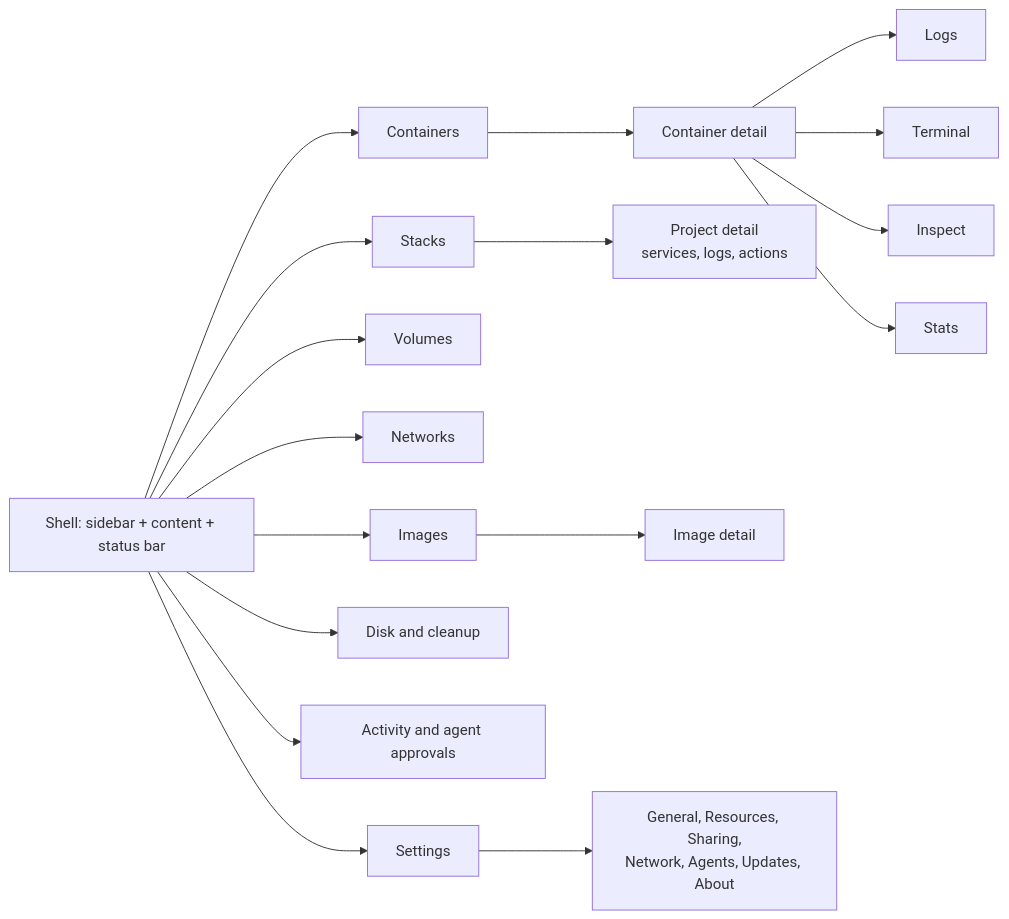
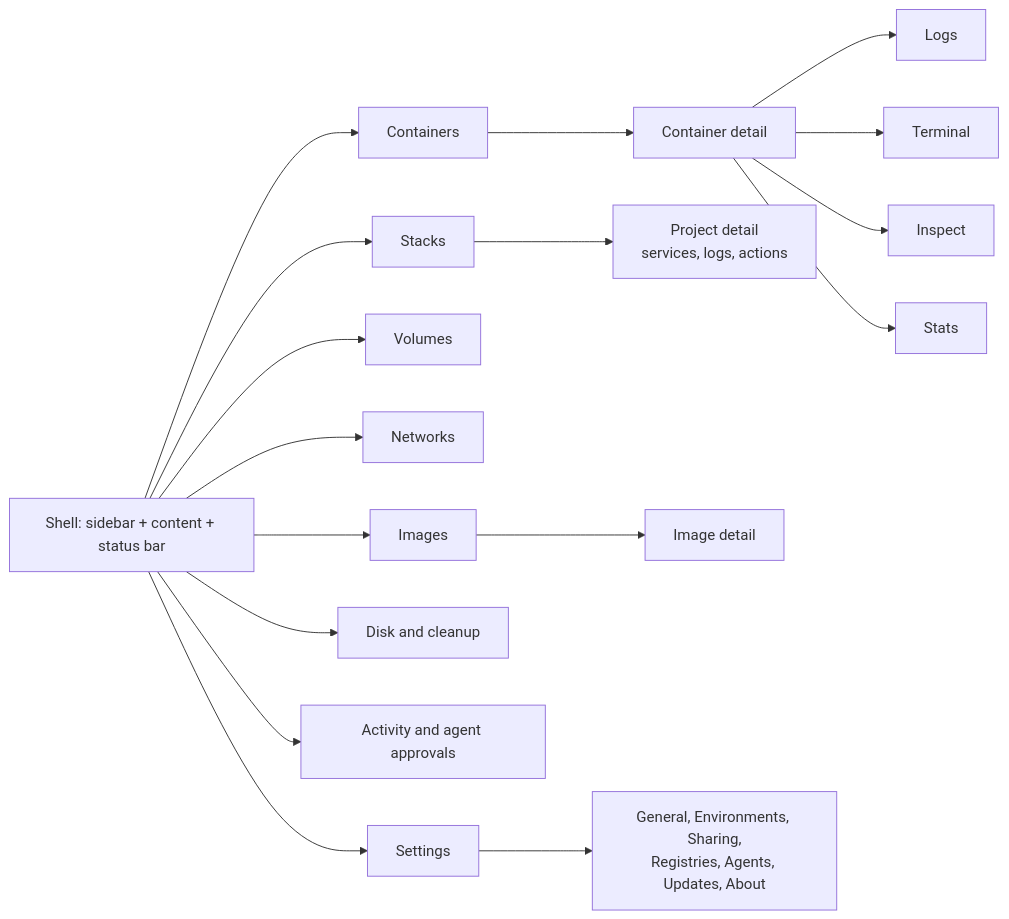
One commit to nasraldin/marsa changed the fifth of 5 diagrams in docs/08-gui.md. Above: the diagram before and after it, drawn with Mermaid. The commit also changed other lines of this file and 28 other files, not shown here.

````diff
--- a/docs/08-gui.md
+++ b/docs/08-gui.md
@@ -199,21 +199,21 @@
 ```mermaid
 flowchart LR
     shell["Shell: sidebar + content + status bar"]
     shell --> ctr["Containers"]
     shell --> img["Images"]
     shell --> vol["Volumes"]
     shell --> net["Networks"]
     shell --> cmp["Stacks"]
     shell --> dsk["Disk and cleanup"]
     shell --> act["Activity and agent approvals"]
     shell --> set["Settings"]
 
     ctr --> cd["Container detail"]
     cd --> logs["Logs"]
     cd --> term["Terminal"]
     cd --> insp["Inspect"]
     cd --> stats["Stats"]
     cmp --> cpd["Project detail<br/>services, logs, actions"]
     img --> imd["Image detail"]
-    set --> s1["General, Resources, Sharing,<br/>Network, Agents, Updates, About"]
+    set --> s1["General, Environments, Sharing,<br/>Registries, Agents, Updates, About"]
 ```
````
